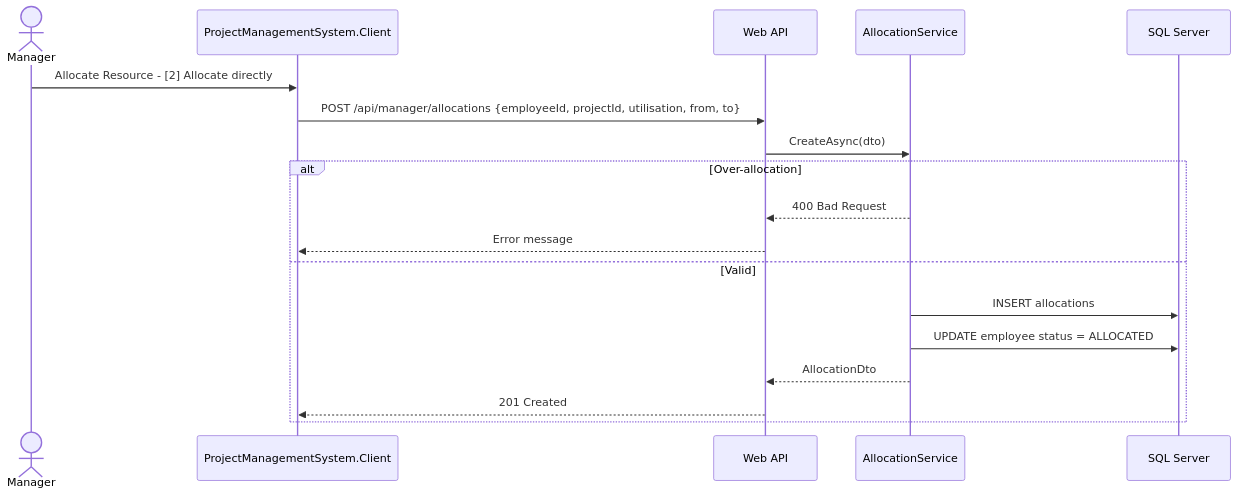
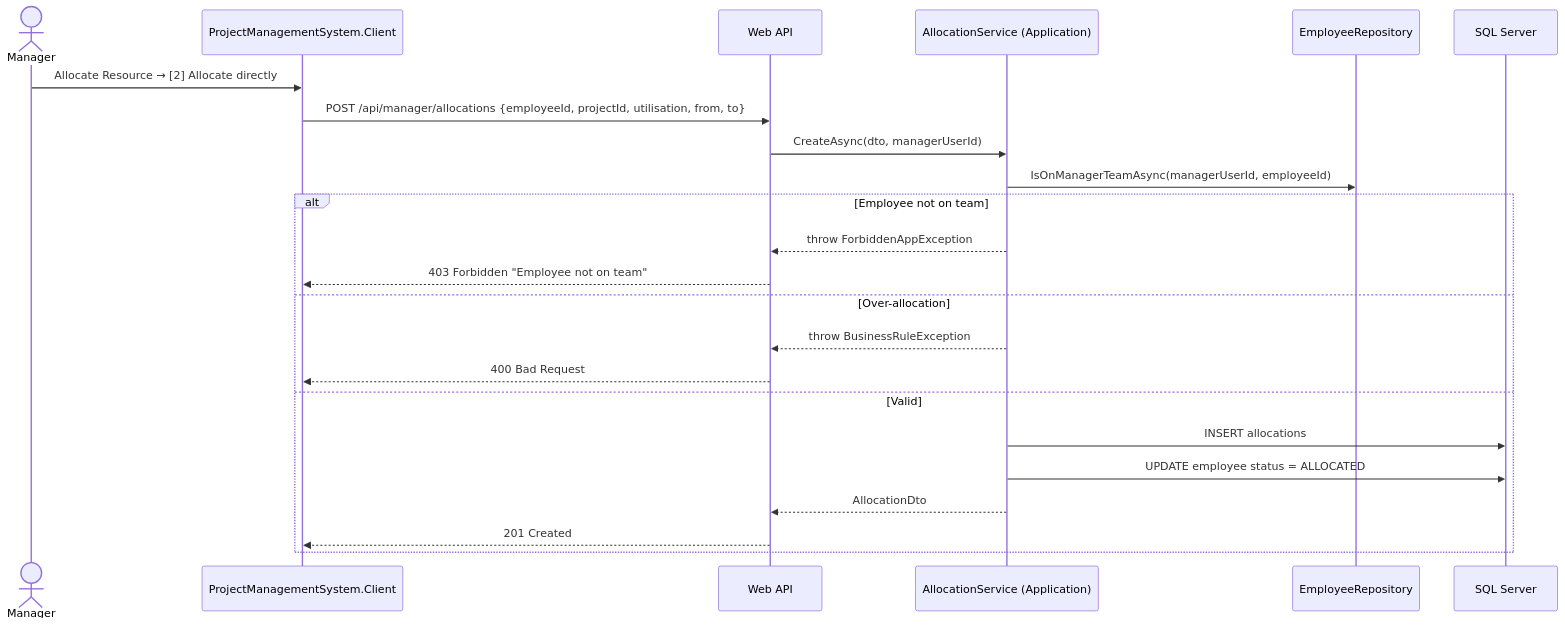
One commit to HariAdk/PRM changed the seventh of 14 diagrams in docs/Solution/Sequence_Diagram.md. Above: the diagram before and after it, drawn with Mermaid. The commit also changed other lines of this file and 21 other files, not shown here.

Commit message:
Updated diagrams

````diff
--- a/docs/Solution/Sequence_Diagram.md
+++ b/docs/Solution/Sequence_Diagram.md
@@ -273,22 +274,28 @@
 ```mermaid
 sequenceDiagram
     actor Manager
     participant Client   as ProjectManagementSystem.Client
     participant API      as Web API
-    participant AllocSvc as AllocationService
+    participant AllocSvc as AllocationService (Application)
+    participant EmpRepo  as EmployeeRepository
     participant DB       as SQL Server
 
-    Manager->>Client: Allocate Resource - [2] Allocate directly
+    Manager->>Client: Allocate Resource → [2] Allocate directly
     Client->>API: POST /api/manager/allocations {employeeId, projectId, utilisation, from, to}
-    API->>AllocSvc: CreateAsync(dto)
+    API->>AllocSvc: CreateAsync(dto, managerUserId)
 
-    alt Over-allocation
-        AllocSvc-->>API: 400 Bad Request
-        API-->>Client: Error message
+    AllocSvc->>EmpRepo: IsOnManagerTeamAsync(managerUserId, employeeId)
+
+    alt Employee not on team
+        AllocSvc-->>API: throw ForbiddenAppException
+        API-->>Client: 403 Forbidden "Employee not on team"
+    else Over-allocation
+        AllocSvc-->>API: throw BusinessRuleException
+        API-->>Client: 400 Bad Request
     else Valid
         AllocSvc->>DB: INSERT allocations
         AllocSvc->>DB: UPDATE employee status = ALLOCATED
         AllocSvc-->>API: AllocationDto
         API-->>Client: 201 Created
     end
 ```
````
